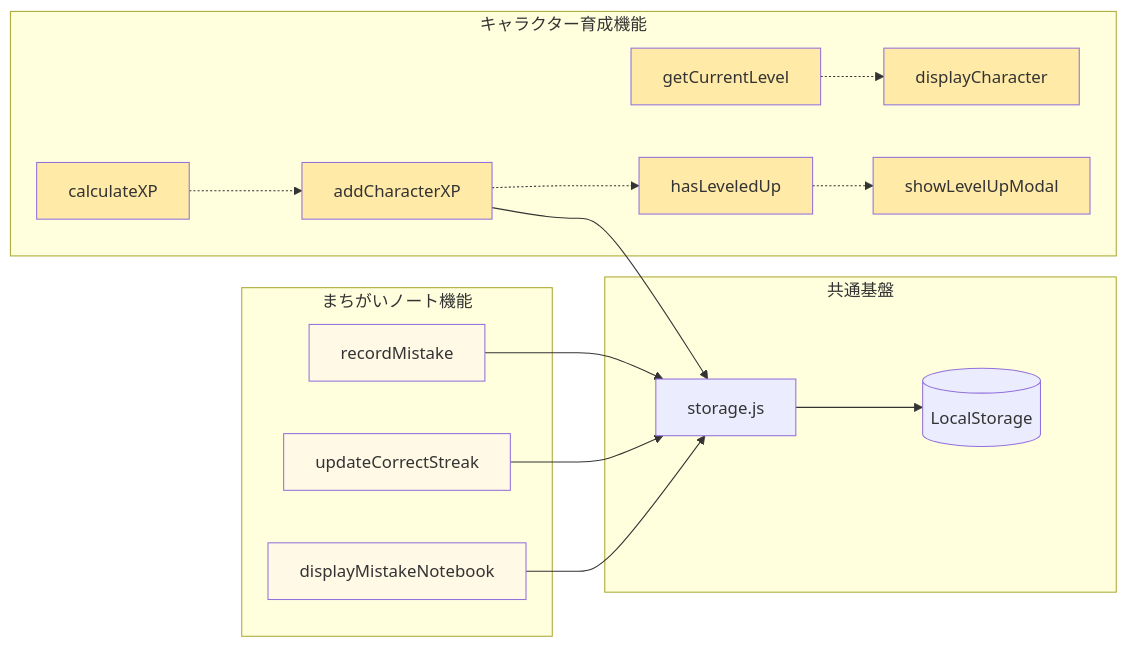
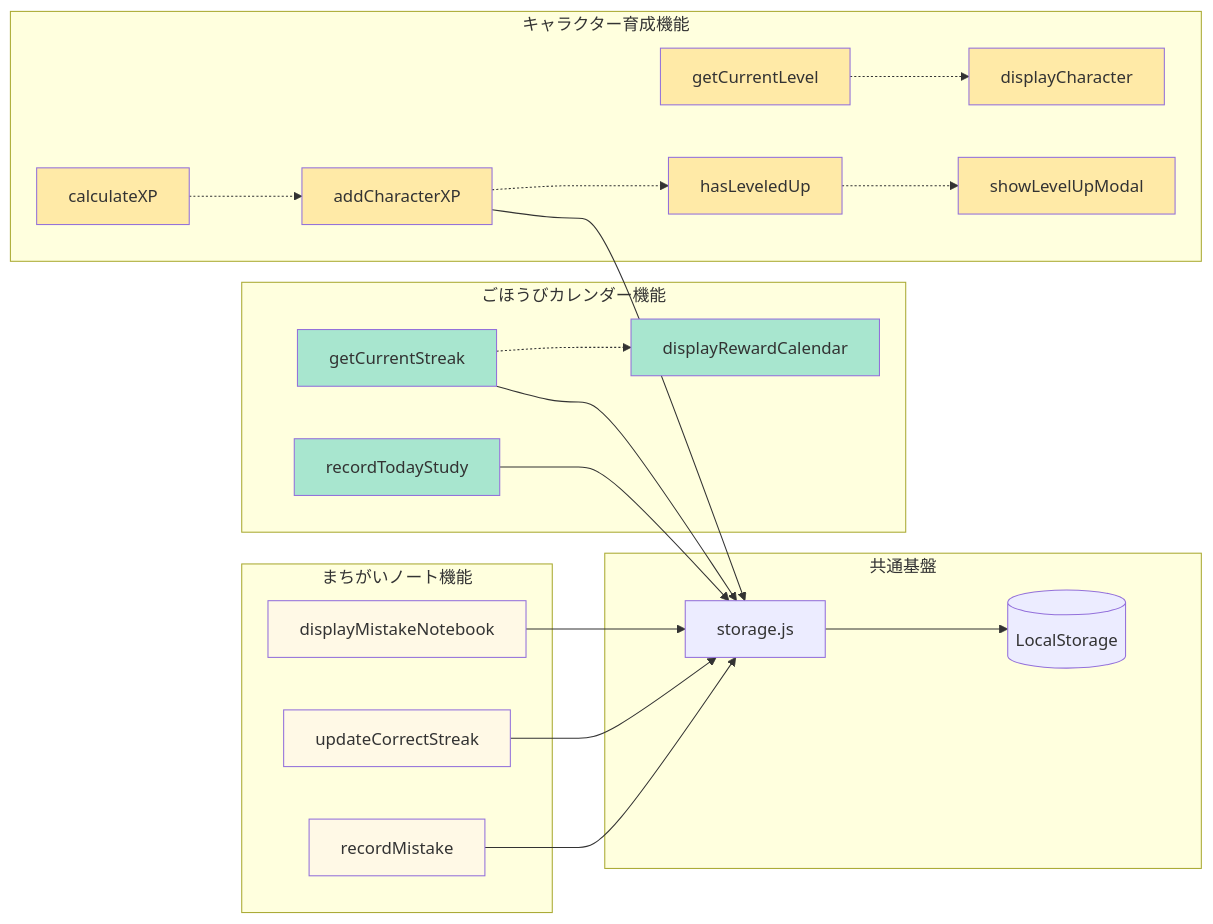
Before and after one commit to genzouw/kakezan-manabo: the third of 3 diagrams in PROGRESS_REPORT.md, drawn with Mermaid. The commit also changed other lines of this file, not shown here.

````diff
--- a/PROGRESS_REPORT.md
+++ b/PROGRESS_REPORT.md
@@ -128,43 +149,55 @@
 ```mermaid
 graph LR
     subgraph "まちがいノート機能"
         MN1[recordMistake]
         MN2[updateCorrectStreak]
         MN3[displayMistakeNotebook]
     end
 
     subgraph "キャラクター育成機能"
         CH1[calculateXP]
         CH2[addCharacterXP]
         CH3[getCurrentLevel]
         CH4[hasLeveledUp]
         CH5[displayCharacter]
         CH6[showLevelUpModal]
     end
 
+    subgraph "ごほうびカレンダー機能"
+        RC1[recordTodayStudy]
+        RC2[getCurrentStreak]
+        RC3[displayRewardCalendar]
+    end
+
     subgraph "共通基盤"
         ST[storage.js]
         LS[(LocalStorage)]
     end
 
     MN1 --> ST
     MN2 --> ST
     MN3 --> ST
     CH2 --> ST
+    RC1 --> ST
+    RC2 --> ST
     ST --> LS
 
     CH1 -.-> CH2
     CH2 -.-> CH4
     CH3 -.-> CH5
     CH4 -.-> CH6
+    RC2 -.-> RC3
 
     style MN1 fill:#fff9e6
     style MN2 fill:#fff9e6
     style MN3 fill:#fff9e6
     style CH1 fill:#ffeaa7
     style CH2 fill:#ffeaa7
     style CH3 fill:#ffeaa7
     style CH4 fill:#ffeaa7
     style CH5 fill:#ffeaa7
     style CH6 fill:#ffeaa7
+    style RC1 fill:#a8e6cf
+    style RC2 fill:#a8e6cf
+    style RC3 fill:#a8e6cf
 ```
````
